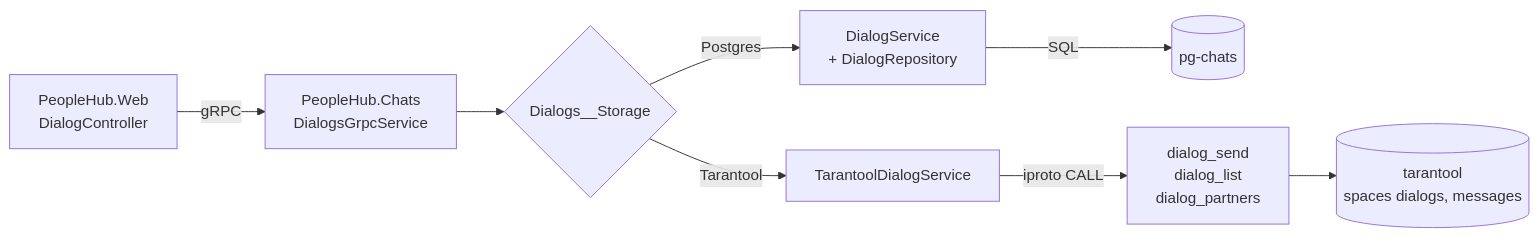
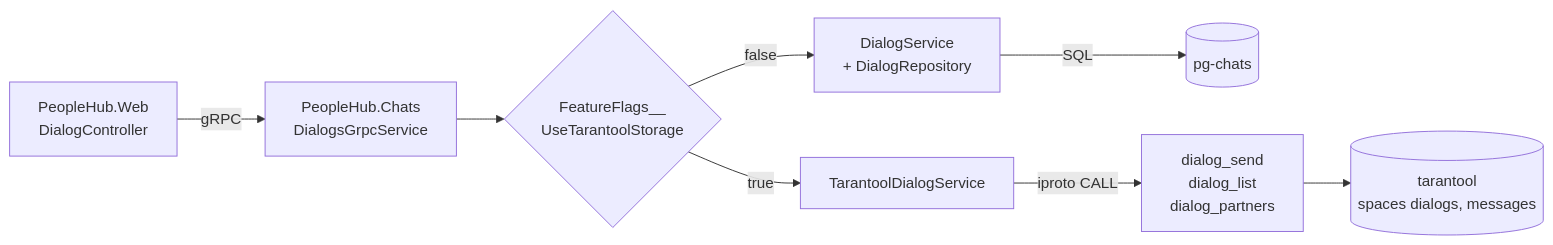
Before and after one commit to soweneer/otus.people-hub: the diagram in docs/in-memory-dialogs.md, drawn with Mermaid. The commit also changed other lines of this file and 3 other files, not shown here.

First line of the commit message:
move dialogs storage switch under FeatureFlags

````diff
--- a/docs/in-memory-dialogs.md
+++ b/docs/in-memory-dialogs.md
@@ -11,10 +11,10 @@
 ```mermaid
 flowchart LR
     A["PeopleHub.Web<br/>DialogController"] -->|gRPC| B["PeopleHub.Chats<br/>DialogsGrpcService"]
-    B --> C{"Dialogs__Storage"}
-    C -->|Postgres| D["DialogService<br/>+ DialogRepository"]
+    B --> C{"FeatureFlags__<br/>UseTarantoolStorage"}
+    C -->|false| D["DialogService<br/>+ DialogRepository"]
     D -->|SQL| E[("pg-chats")]
-    C -->|Tarantool| F["TarantoolDialogService"]
+    C -->|true| F["TarantoolDialogService"]
     F -->|"iproto CALL"| G["dialog_send<br/>dialog_list<br/>dialog_partners"]
     G --> H[("tarantool<br/>spaces dialogs, messages")]
 ```
````
